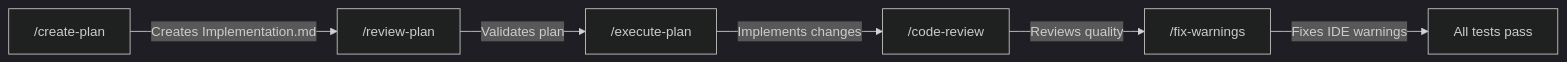
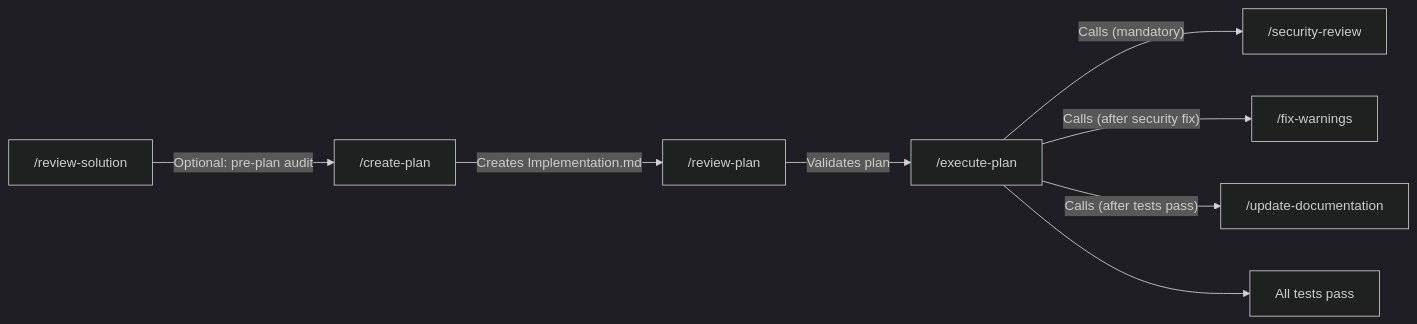
One commit to actionjacksonthegoat-debug/SeventySix changed the diagram in docs/Prompt-Guide.md. Above: the diagram before and after it, drawn with Mermaid (dark theme). The commit also changed other lines of this file and 37 other files, not shown here.

````diff
--- a/docs/Prompt-Guide.md
+++ b/docs/Prompt-Guide.md
@@ -33,14 +34,18 @@
 ```mermaid
 graph LR
     CP["/create-plan"]
     RP["/review-plan"]
     EP["/execute-plan"]
-    CR["/code-review"]
+    SR["/security-review"]
     FW["/fix-warnings"]
+    UD["/update-documentation"]
+    RS["/review-solution"]
 
+    RS -->|"Optional: pre-plan audit"| CP
     CP -->|"Creates Implementation.md"| RP
     RP -->|"Validates plan"| EP
-    EP -->|"Implements changes"| CR
-    CR -->|"Reviews quality"| FW
-    FW -->|"Fixes IDE warnings"| Done["All tests pass"]
+    EP -->|"Calls (mandatory)"| SR
+    EP -->|"Calls (after security fix)"| FW
+    EP -->|"Calls (after tests pass)"| UD
+    EP --> Done["All tests pass"]
 ```
````
